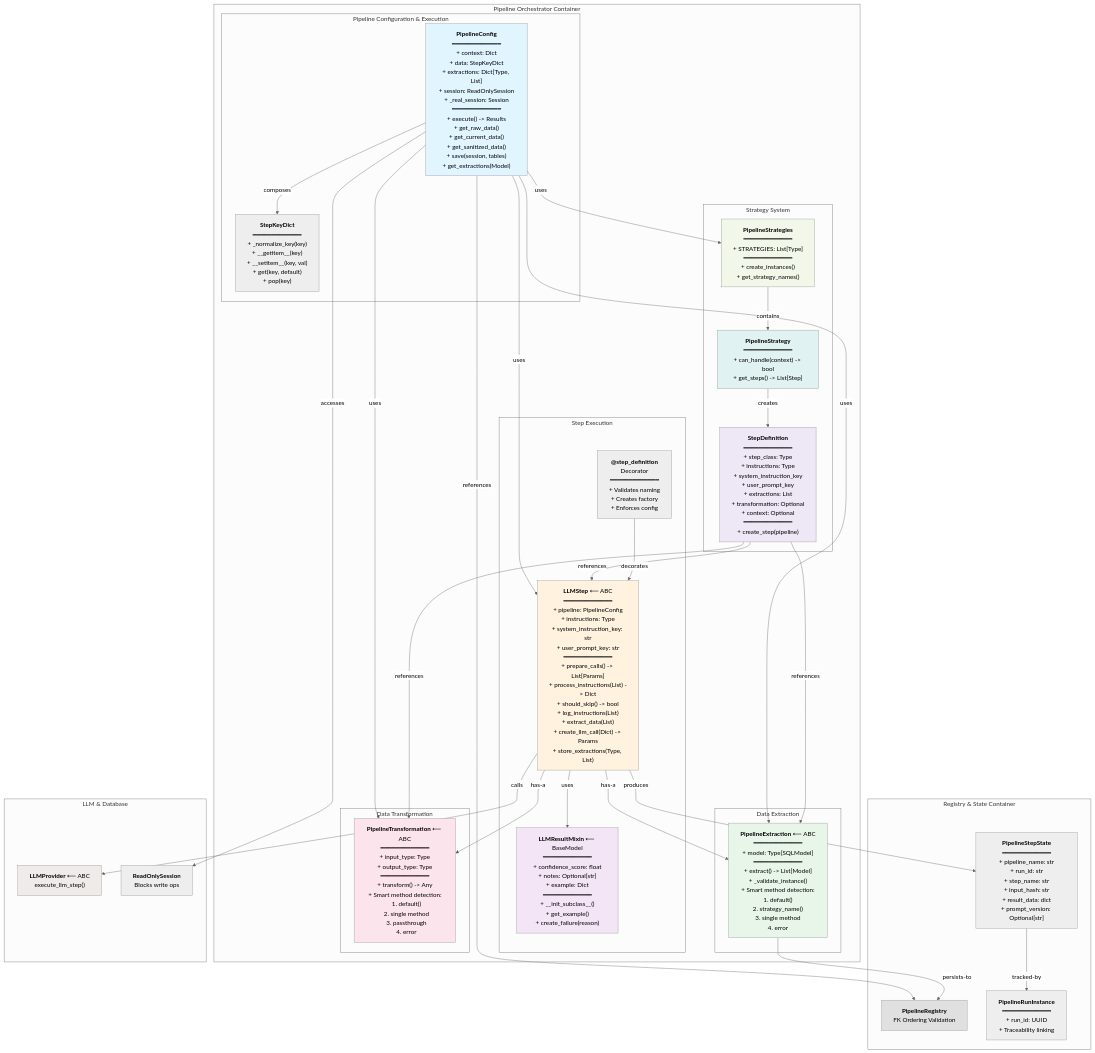
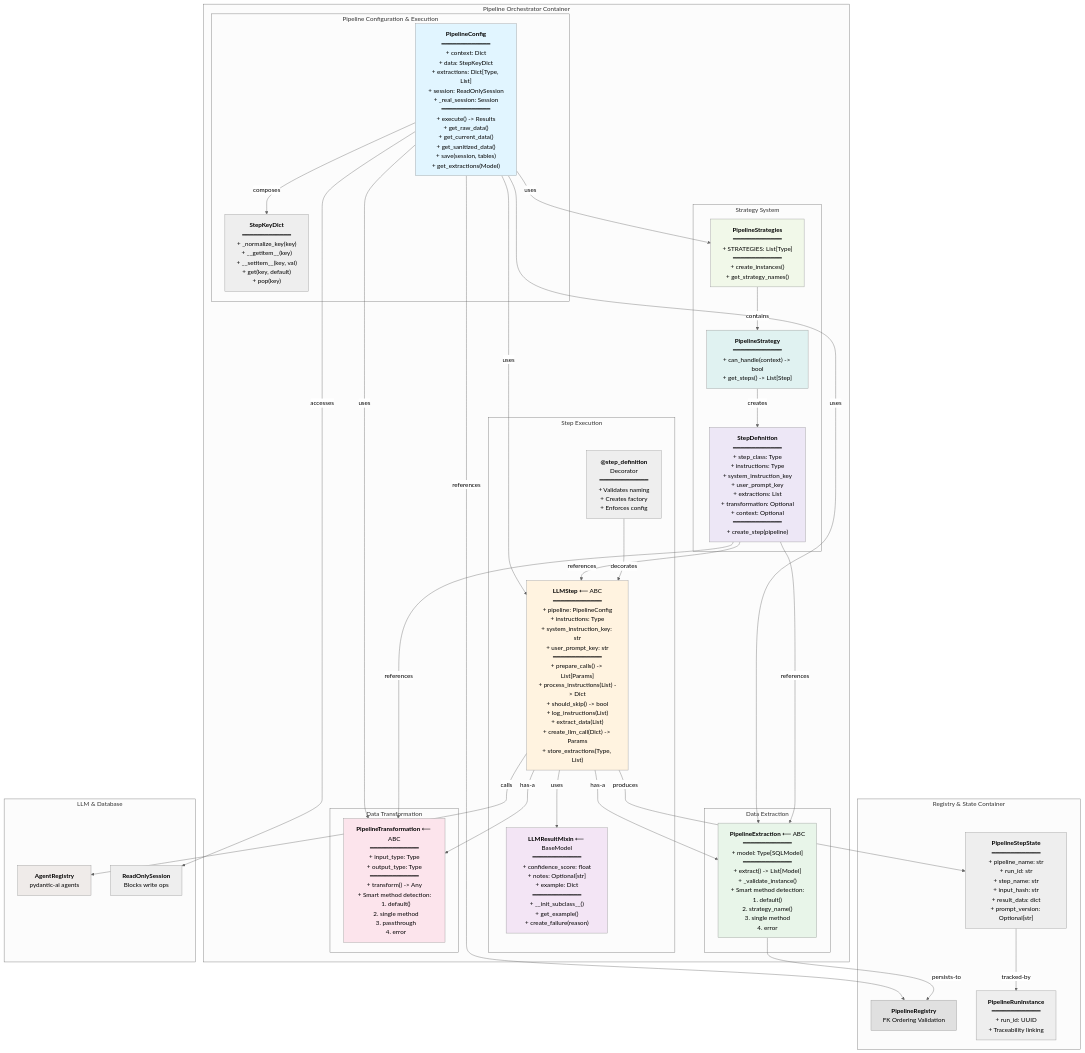
Before and after one commit to yugen-au/llm-pipeline: the diagram in docs/architecture/diagrams/c4-component.mmd, drawn with Mermaid (neutral theme). The commit also changed 10 other files, not shown here.

```diff
--- a/docs/architecture/diagrams/c4-component.mmd
+++ b/docs/architecture/diagrams/c4-component.mmd
@@ -1,86 +1,86 @@
 graph TB
     subgraph "Pipeline Orchestrator Container"
         subgraph "Pipeline Configuration & Execution"
             PC["<b>PipelineConfig</b><br/>━━━━━━━━━━━━━<br/>+ context: Dict<br/>+ data: StepKeyDict<br/>+ extractions: Dict[Type, List]<br/>+ session: ReadOnlySession<br/>+ _real_session: Session<br/>━━━━━━━━━━━━━<br/>+ execute() -> Results<br/>+ get_raw_data()<br/>+ get_current_data()<br/>+ get_sanitized_data()<br/>+ save(session, tables)<br/>+ get_extractions(Model)"]
 
             SKD["<b>StepKeyDict</b><br/>━━━━━━━━━━━━━<br/>+ _normalize_key(key)<br/>+ __getitem__(key)<br/>+ __setitem__(key, val)<br/>+ get(key, default)<br/>+ pop(key)"]
         end
 
         subgraph "Strategy System"
             PS["<b>PipelineStrategies</b><br/>━━━━━━━━━━━━━<br/>+ STRATEGIES: List[Type]<br/>━━━━━━━━━━━━━<br/>+ create_instances()<br/>+ get_strategy_names()"]
 
             PST["<b>PipelineStrategy</b><br/>━━━━━━━━━━━━━<br/>+ can_handle(context) -> bool<br/>+ get_steps() -> List[Step]"]
 
             SD["<b>StepDefinition</b><br/>━━━━━━━━━━━━━<br/>+ step_class: Type<br/>+ instructions: Type<br/>+ system_instruction_key<br/>+ user_prompt_key<br/>+ extractions: List<br/>+ transformation: Optional<br/>+ context: Optional<br/>━━━━━━━━━━━━━<br/>+ create_step(pipeline)"]
         end
 
         subgraph "Step Execution"
             LS["<b>LLMStep</b> ⟵ ABC<br/>━━━━━━━━━━━━━<br/>+ pipeline: PipelineConfig<br/>+ instructions: Type<br/>+ system_instruction_key: str<br/>+ user_prompt_key: str<br/>━━━━━━━━━━━━━<br/>+ prepare_calls() -> List[Params]<br/>+ process_instructions(List) -> Dict<br/>+ should_skip() -> bool<br/>+ log_instructions(List)<br/>+ extract_data(List)<br/>+ create_llm_call(Dict) -> Params<br/>+ store_extractions(Type, List)"]
 
             LRM["<b>LLMResultMixin</b> ⟵ BaseModel<br/>━━━━━━━━━━━━━<br/>+ confidence_score: float<br/>+ notes: Optional[str]<br/>+ example: Dict<br/>━━━━━━━━━━━━━<br/>+ __init_subclass__()<br/>+ get_example()<br/>+ create_failure(reason)"]
 
             SD2["<b>@step_definition</b><br/>Decorator<br/>━━━━━━━━━━━━━<br/>+ Validates naming<br/>+ Creates factory<br/>+ Enforces config"]
         end
 
         subgraph "Data Extraction"
             PE["<b>PipelineExtraction</b> ⟵ ABC<br/>━━━━━━━━━━━━━<br/>+ model: Type[SQLModel]<br/>━━━━━━━━━━━━━<br/>+ extract() -> List[Model]<br/>+ _validate_instance()<br/>+ Smart method detection:<br/>  1. default()<br/>  2. strategy_name()<br/>  3. single method<br/>  4. error"]
         end
 
         subgraph "Data Transformation"
             PT["<b>PipelineTransformation</b> ⟵ ABC<br/>━━━━━━━━━━━━━<br/>+ input_type: Type<br/>+ output_type: Type<br/>━━━━━━━━━━━━━<br/>+ transform() -> Any<br/>+ Smart method detection:<br/>  1. default()<br/>  2. single method<br/>  3. passthrough<br/>  4. error"]
         end
     end
 
     subgraph "Registry & State Container"
         PR["<b>PipelineRegistry</b><br/>FK Ordering Validation"]
 
         PS_["<b>PipelineStepState</b><br/>━━━━━━━━━━━━━<br/>+ pipeline_name: str<br/>+ run_id: str<br/>+ step_name: str<br/>+ input_hash: str<br/>+ result_data: dict<br/>+ prompt_version: Optional[str]"]
 
         PRI["<b>PipelineRunInstance</b><br/>━━━━━━━━━━━━━<br/>+ run_id: UUID<br/>+ Traceability linking"]
     end
 
     subgraph "LLM & Database"
-        LP["<b>LLMProvider</b> ⟵ ABC<br/>execute_llm_step()"]
+        LP["<b>AgentRegistry</b><br/>pydantic-ai agents"]
         ROS["<b>ReadOnlySession</b><br/>Blocks write ops"]
     end
 
     %% Relationships - Composition
     PC -->|composes| SKD
     PC -->|uses| PS
     PC -->|uses| LS
     PC -->|uses| PE
     PC -->|uses| PT
     PC -->|references| PR
 
     %% Relationships - Strategy System
     PS -->|contains| PST
     PST -->|creates| SD
     SD -->|references| LS
     SD -->|references| PE
     SD -->|references| PT
 
     %% Relationships - Step Execution
     SD2 -->|decorates| LS
     LS -->|uses| LRM
     LS -->|has-a| PE
     LS -->|has-a| PT
 
     %% Relationships - Data Flow
     LS -->|produces| PS_
     PS_ -->|tracked-by| PRI
     PE -->|persists-to| PR
 
     %% Relationships - Execution
     LS -->|calls| LP
     PC -->|accesses| ROS
 
     style PC fill:#e1f5ff
     style LS fill:#fff3e0
     style LRM fill:#f3e5f5
     style PE fill:#e8f5e9
     style PT fill:#fce4ec
     style PS fill:#f1f8e9
     style PST fill:#e0f2f1
     style SD fill:#ede7f6
     style LP fill:#efebe9
     style PR fill:#e0e0e0
```
